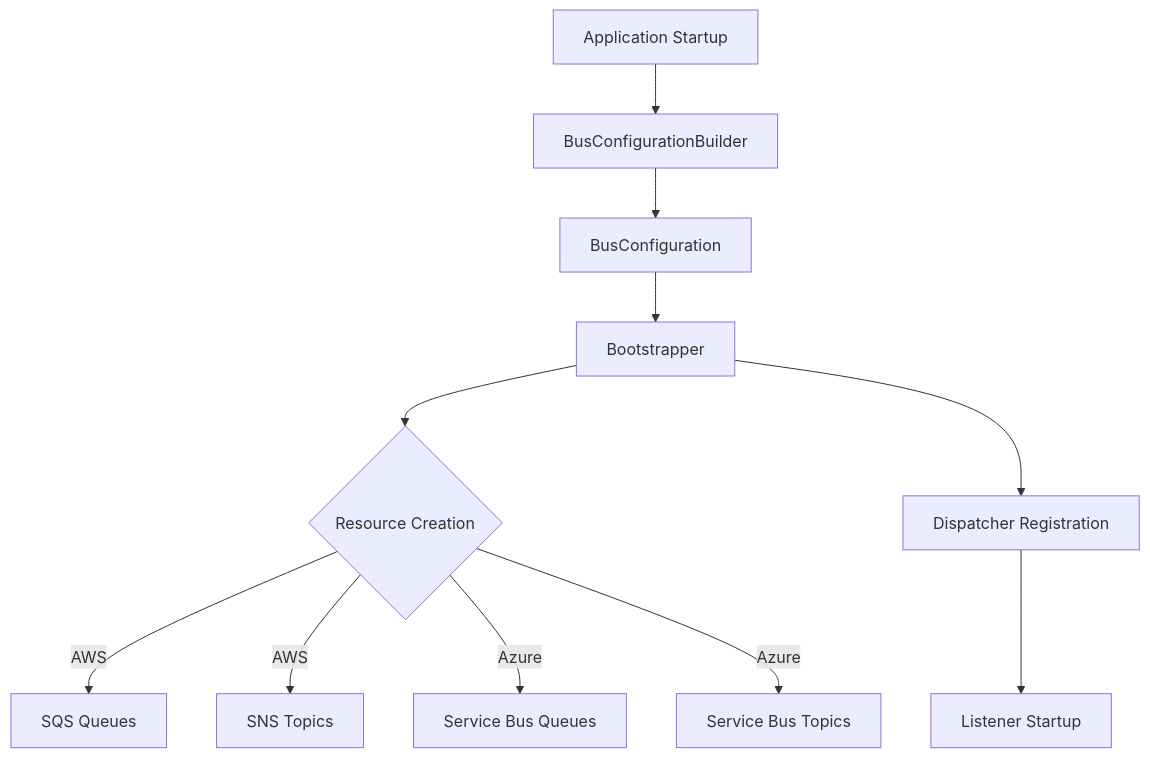
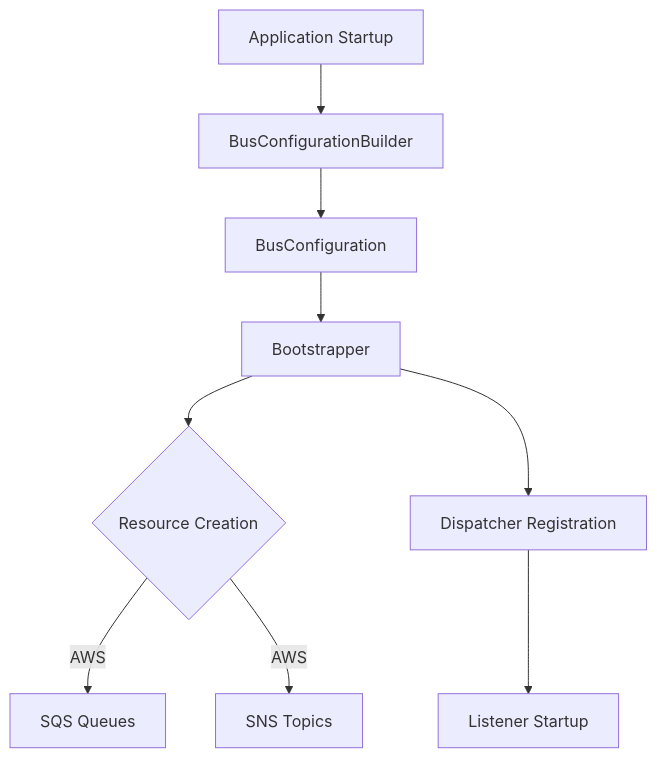
Before and after one commit to CodeShayk/SourceFlow.Net: the diagram in docs/SourceFlow.Net-README.md, drawn with Mermaid. The commit also changed other lines of this file and 152 other files, not shown here.

````diff
--- a/docs/SourceFlow.Net-README.md
+++ b/docs/SourceFlow.Net-README.md
@@ -823,13 +822,11 @@
 ```mermaid
 graph TB
     A[Application Startup] --> B[BusConfigurationBuilder]
     B --> C[BusConfiguration]
     C --> D[Bootstrapper]
     D --> E{Resource Creation}
     E -->|AWS| F[SQS Queues]
     E -->|AWS| G[SNS Topics]
-    E -->|Azure| H[Service Bus Queues]
-    E -->|Azure| I[Service Bus Topics]
     D --> J[Dispatcher Registration]
     J --> K[Listener Startup]
 ```
````
